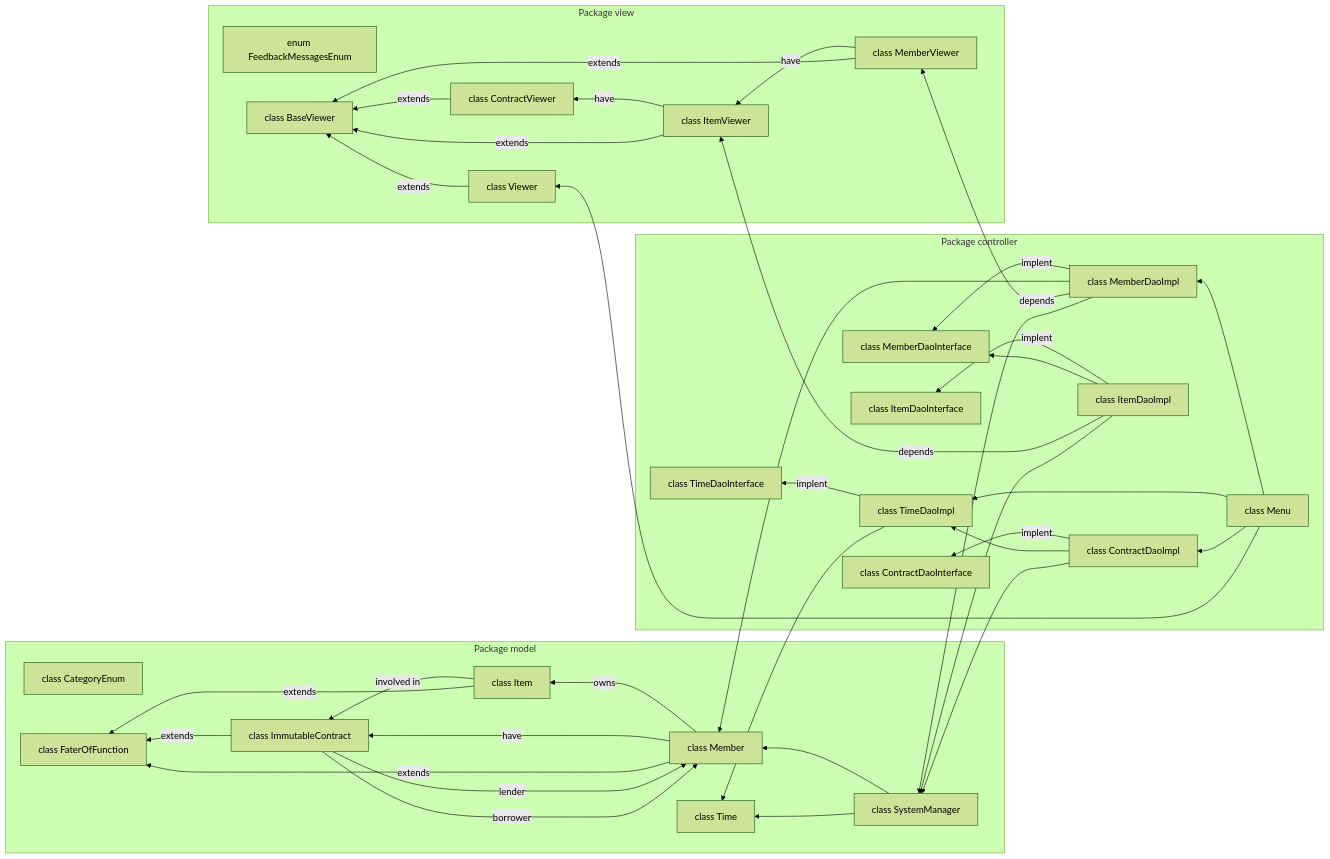
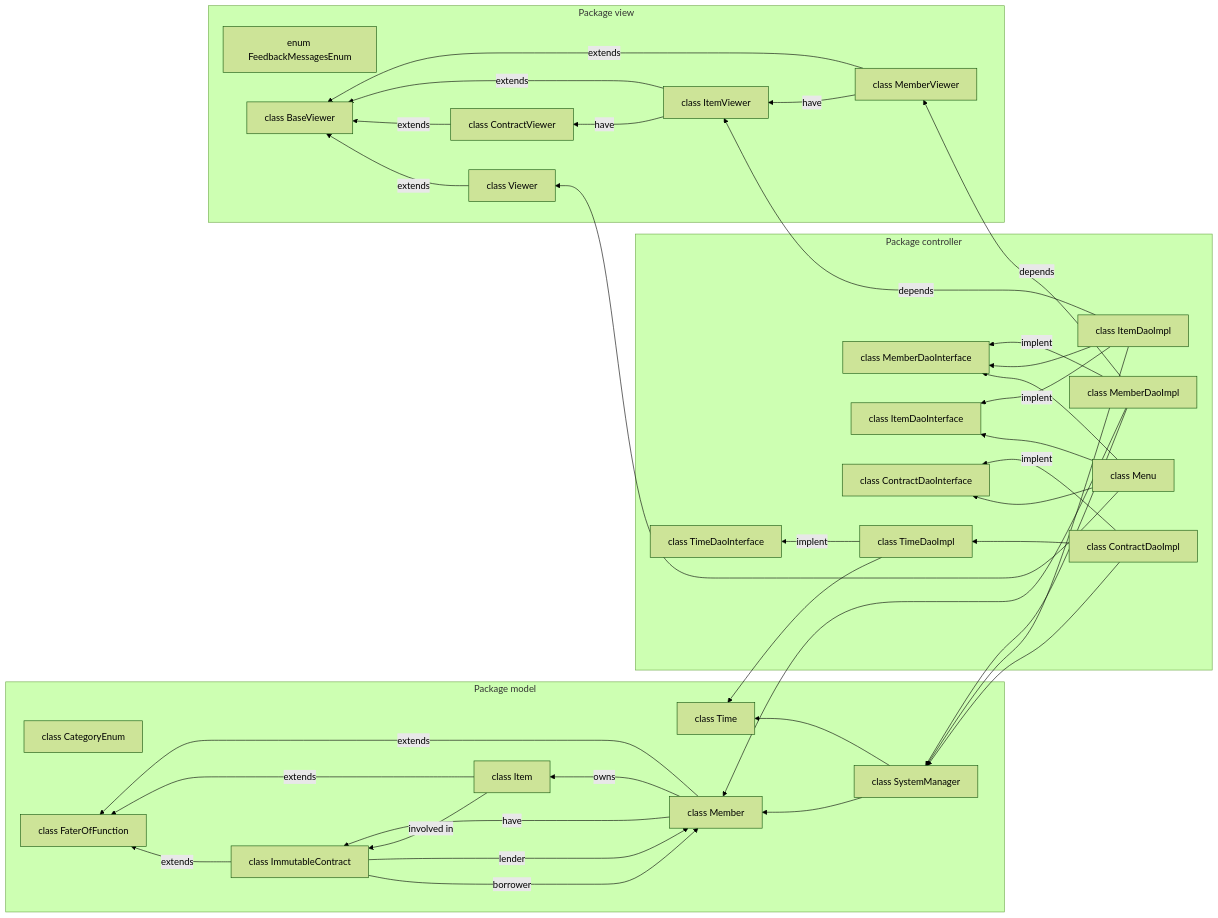
Before and after one commit to ashkar99/Stuff-Lending-System: the first of 5 diagrams in design.md, drawn with Mermaid (forest theme). The commit also changed other lines of this file, not shown here.

Commit message:
Update file design.md

```diff
--- a/design.md
+++ b/design.md
@@ -43,9 +43,9 @@
     controller6 --> controller3
     controller8 --> controller1
 
-    controller9 --> controller4
-    controller9 --> controller1
-    controller9 --> controller8
+    controller9 --> controller3
+    controller9 --> controller5
+    controller9 --> controller7
 
     controller1 --> model1
     controller4 --> model2
```
